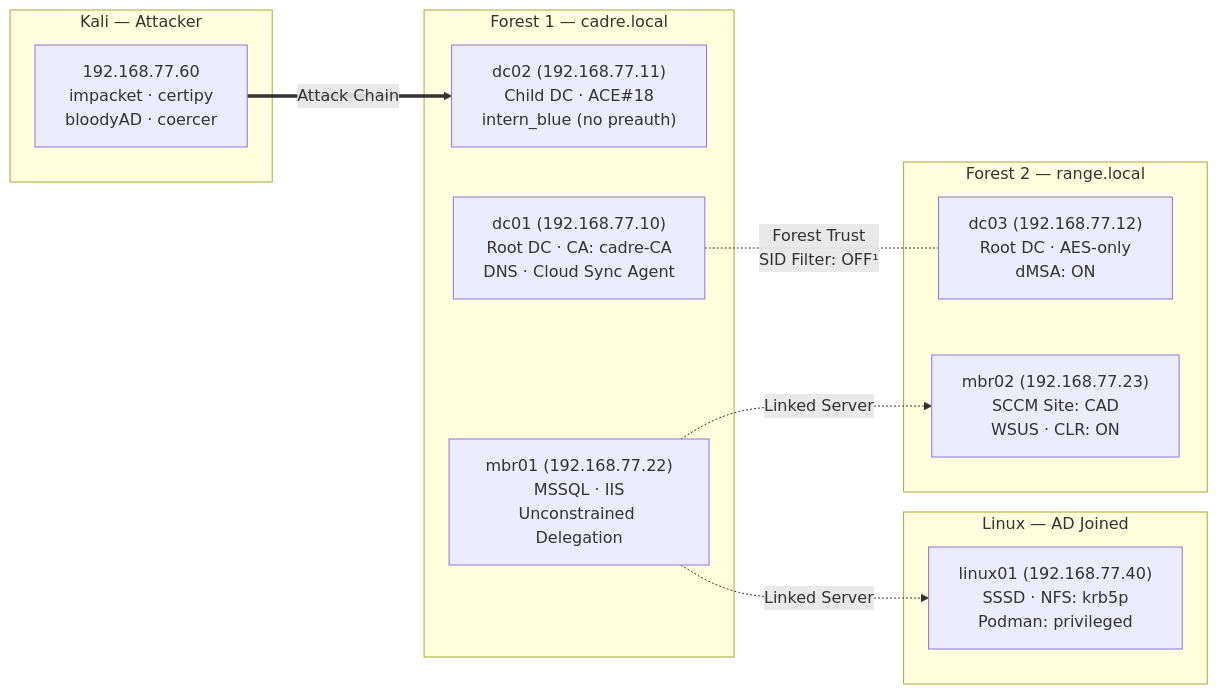
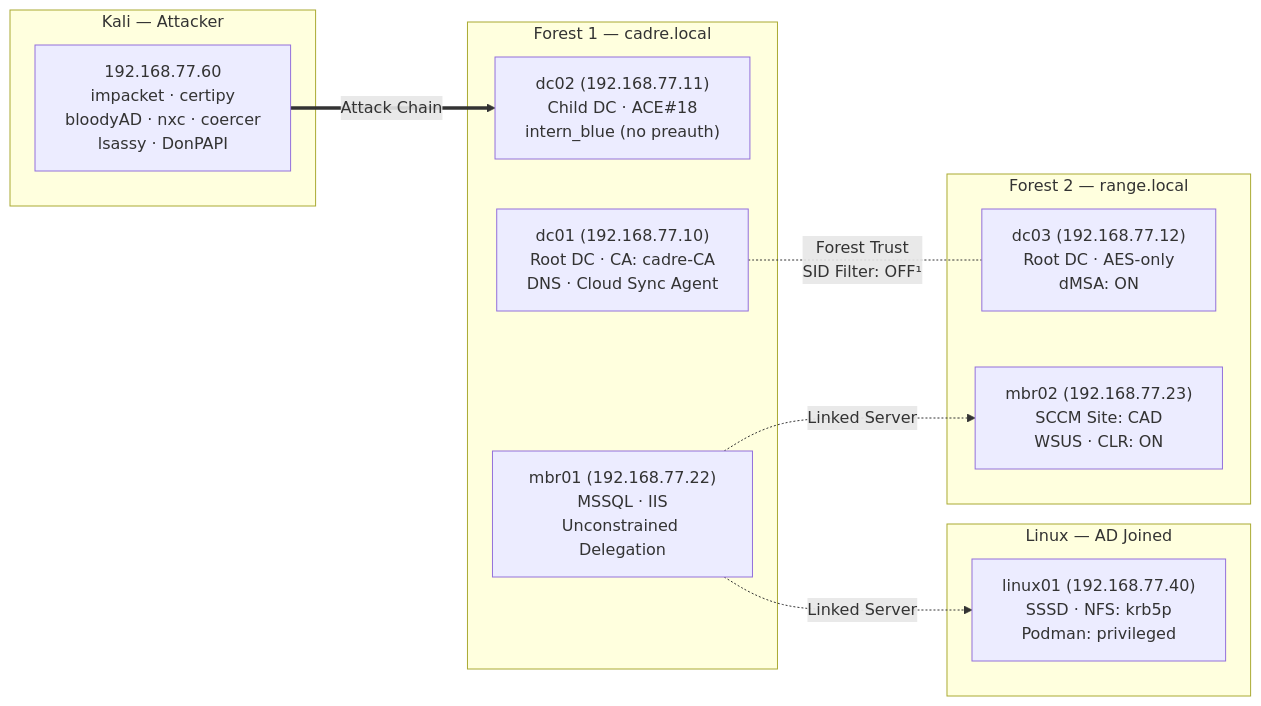
Before and after one commit to Ganron007/CADRE: the first of 2 diagrams in attack-matrix/CAMPAIGNS.md, drawn with Mermaid. The commit also changed other lines of this file and 3 other files, not shown here.

````diff
--- a/attack-matrix/CAMPAIGNS.md
+++ b/attack-matrix/CAMPAIGNS.md
@@ -12,26 +12,26 @@
 ```mermaid
 flowchart LR
     subgraph KALI_GROUP["Kali — Attacker"]
-        K["192.168.77.60<br/>impacket · certipy<br/>bloodyAD · coercer"]
+        K["192.168.77.60<br/>impacket · certipy<br/>bloodyAD · nxc · coercer<br/>lsassy · DonPAPI"]
     end
 
     subgraph F1["Forest 1 — cadre.local"]
         D2["dc02 (192.168.77.11)<br/>Child DC · ACE#18<br/>intern_blue (no preauth)"]
         D1["dc01 (192.168.77.10)<br/>Root DC · CA: cadre-CA<br/>DNS · Cloud Sync Agent"]
         M1["mbr01 (192.168.77.22)<br/>MSSQL · IIS<br/>Unconstrained Delegation"]
     end
 
     subgraph F2["Forest 2 — range.local"]
         D3["dc03 (192.168.77.12)<br/>Root DC · AES-only<br/>dMSA: ON"]
         M2["mbr02 (192.168.77.23)<br/>SCCM Site: CAD<br/>WSUS · CLR: ON"]
     end
 
     subgraph LX_GROUP["Linux — AD Joined"]
         L1["linux01 (192.168.77.40)<br/>SSSD · NFS: krb5p<br/>Podman: privileged"]
     end
 
     K ==>|"Attack Chain"| D2
     D1 -.-|"Forest Trust<br/>SID Filter: OFF¹"| D3
     M1 -.->|"Linked Server"| M2
     M1 -.->|"Linked Server"| L1
 ```
````
